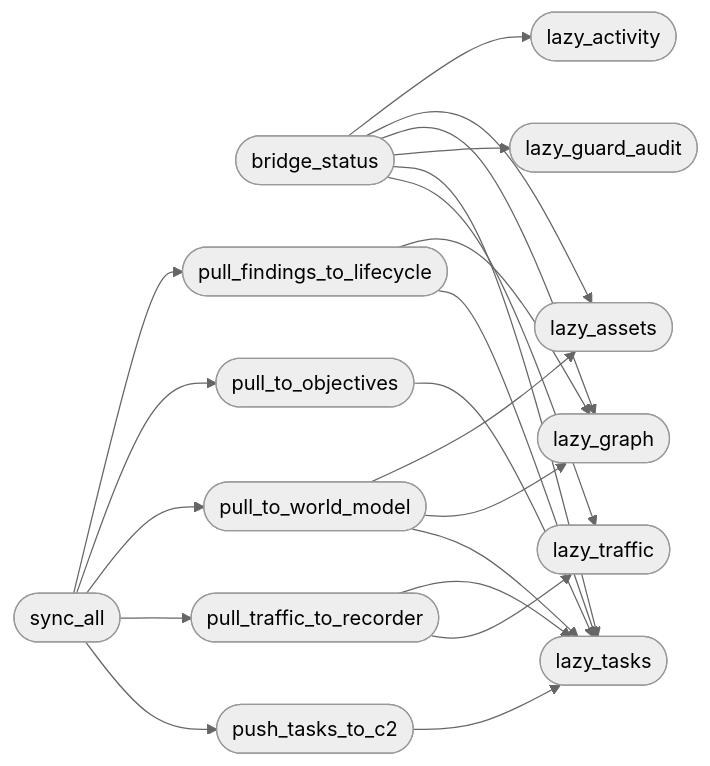
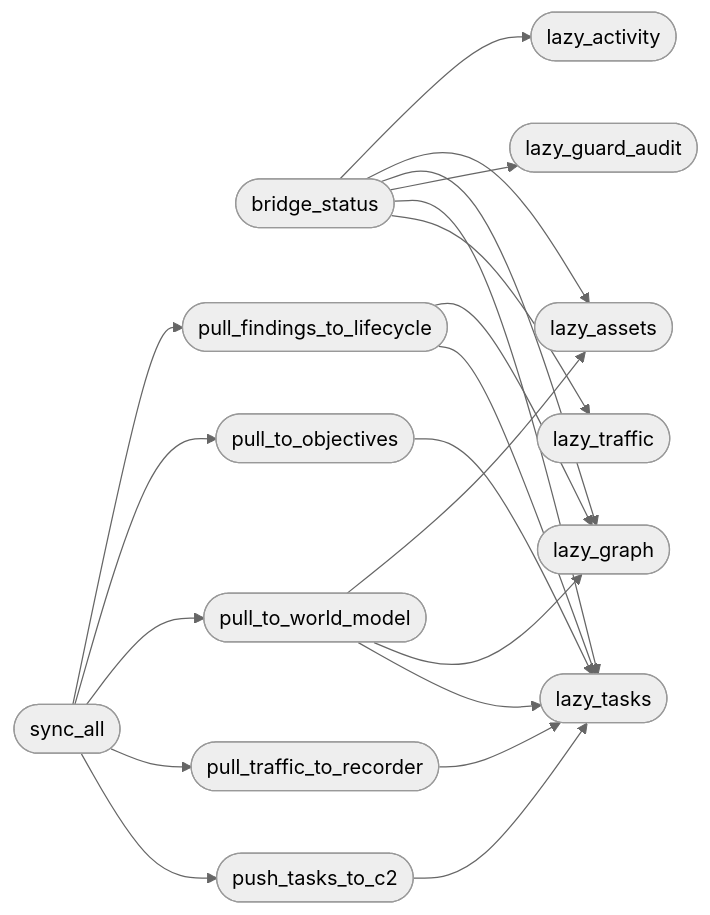
Before and after one commit to grisuno/LazyOwn: the diagram in readmenator-apidocs/modules/modules.lazy_bridge.py.md, drawn with Mermaid (neutral theme). The commit also changed other lines of this file and 764 other files, not shown here.

````diff
--- a/readmenator-apidocs/modules/modules.lazy_bridge.py.md
+++ b/readmenator-apidocs/modules/modules.lazy_bridge.py.md
@@ -21,36 +21,35 @@
 ```mermaid
 flowchart LR
     n_modules_lazy_bridge_py__bridge_status(["bridge_status"])
     n_modules_lazy_bridge_py__lazy_activity(["lazy_activity"])
     n_modules_lazy_bridge_py__lazy_assets(["lazy_assets"])
     n_modules_lazy_bridge_py__lazy_graph(["lazy_graph"])
     n_modules_lazy_bridge_py__lazy_guard_audit(["lazy_guard_audit"])
     n_modules_lazy_bridge_py__lazy_tasks(["lazy_tasks"])
     n_modules_lazy_bridge_py__lazy_traffic(["lazy_traffic"])
     n_modules_lazy_bridge_py__pull_to_world_model(["pull_to_world_model"])
     n_modules_lazy_bridge_py__pull_to_objectives(["pull_to_objectives"])
     n_modules_lazy_bridge_py__pull_findings_to_lifecycle(["pull_findings_to_lifecycle"])
     n_modules_lazy_bridge_py__pull_traffic_to_recorder(["pull_traffic_to_recorder"])
     n_modules_lazy_bridge_py__push_tasks_to_c2(["push_tasks_to_c2"])
     n_modules_lazy_bridge_py__sync_all(["sync_all"])
     n_modules_lazy_bridge_py__bridge_status --> n_modules_lazy_bridge_py__lazy_activity
     n_modules_lazy_bridge_py__bridge_status --> n_modules_lazy_bridge_py__lazy_assets
     n_modules_lazy_bridge_py__bridge_status --> n_modules_lazy_bridge_py__lazy_graph
     n_modules_lazy_bridge_py__bridge_status --> n_modules_lazy_bridge_py__lazy_guard_audit
     n_modules_lazy_bridge_py__bridge_status --> n_modules_lazy_bridge_py__lazy_tasks
     n_modules_lazy_bridge_py__bridge_status --> n_modules_lazy_bridge_py__lazy_traffic
     n_modules_lazy_bridge_py__pull_to_world_model --> n_modules_lazy_bridge_py__lazy_assets
     n_modules_lazy_bridge_py__pull_to_world_model --> n_modules_lazy_bridge_py__lazy_graph
     n_modules_lazy_bridge_py__pull_to_world_model --> n_modules_lazy_bridge_py__lazy_tasks
     n_modules_lazy_bridge_py__pull_to_objectives --> n_modules_lazy_bridge_py__lazy_tasks
     n_modules_lazy_bridge_py__pull_findings_to_lifecycle --> n_modules_lazy_bridge_py__lazy_graph
     n_modules_lazy_bridge_py__pull_findings_to_lifecycle --> n_modules_lazy_bridge_py__lazy_tasks
     n_modules_lazy_bridge_py__pull_traffic_to_recorder --> n_modules_lazy_bridge_py__lazy_tasks
-    n_modules_lazy_bridge_py__pull_traffic_to_recorder --> n_modules_lazy_bridge_py__lazy_traffic
     n_modules_lazy_bridge_py__push_tasks_to_c2 --> n_modules_lazy_bridge_py__lazy_tasks
     n_modules_lazy_bridge_py__sync_all --> n_modules_lazy_bridge_py__pull_findings_to_lifecycle
     n_modules_lazy_bridge_py__sync_all --> n_modules_lazy_bridge_py__pull_to_objectives
     n_modules_lazy_bridge_py__sync_all --> n_modules_lazy_bridge_py__pull_to_world_model
     n_modules_lazy_bridge_py__sync_all --> n_modules_lazy_bridge_py__pull_traffic_to_recorder
     n_modules_lazy_bridge_py__sync_all --> n_modules_lazy_bridge_py__push_tasks_to_c2
 ```
````
